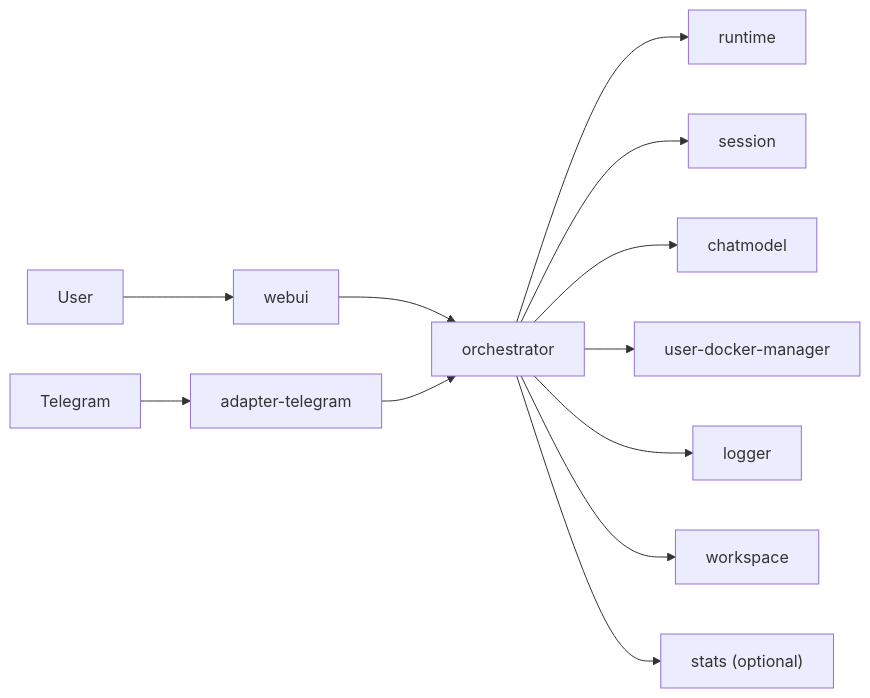
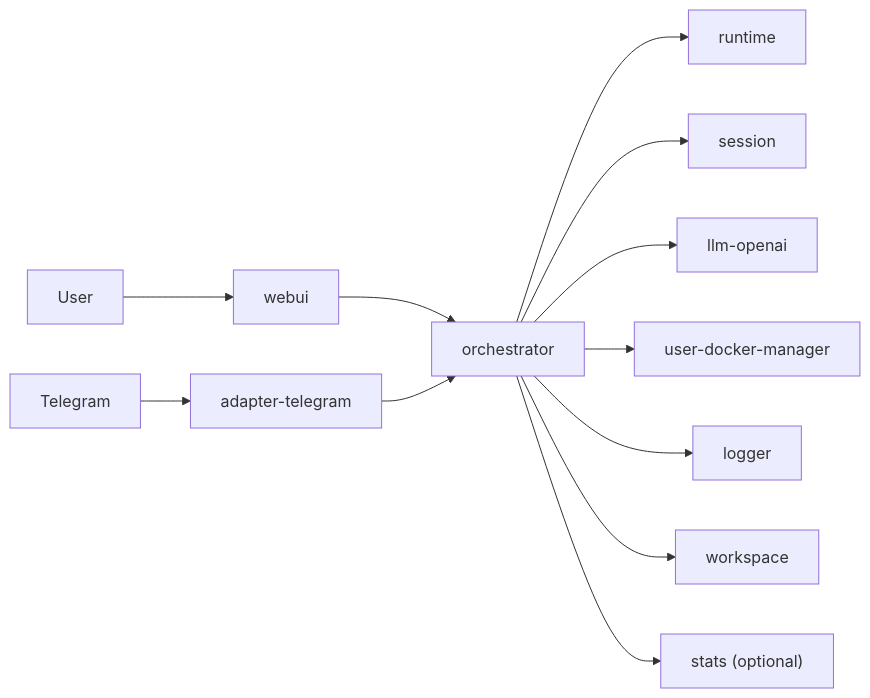
One commit to WhaleMesh/WhaleBot changed the diagram in README.en.md. Above: the diagram before and after it, drawn with Mermaid. The commit also changed other lines of this file and 17 other files, not shown here.

First line of the commit message:
Refactor chatmodel to llm-openai service and update related configurations

````diff
--- a/README.en.md
+++ b/README.en.md
@@ -18,14 +18,14 @@
 ```mermaid
 flowchart LR
   user["User"] --> webui["webui"]
   tg["Telegram"] --> adapterTelegram["adapter-telegram"]
   webui --> orchestrator["orchestrator"]
   adapterTelegram --> orchestrator
   orchestrator --> runtime["runtime"]
   orchestrator --> session["session"]
-  orchestrator --> chatmodel["chatmodel"]
+  orchestrator --> llmOpenai["llm-openai"]
   orchestrator --> toolDocker["user-docker-manager"]
   orchestrator --> logger["logger"]
   orchestrator --> workspace["workspace"]
   orchestrator --> stats["stats (optional)"]
 ```
````
